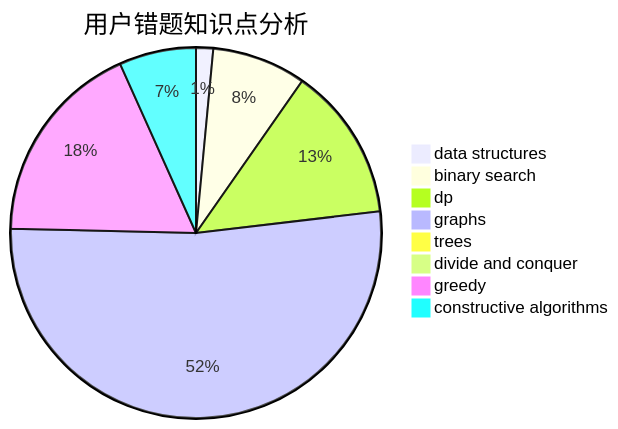
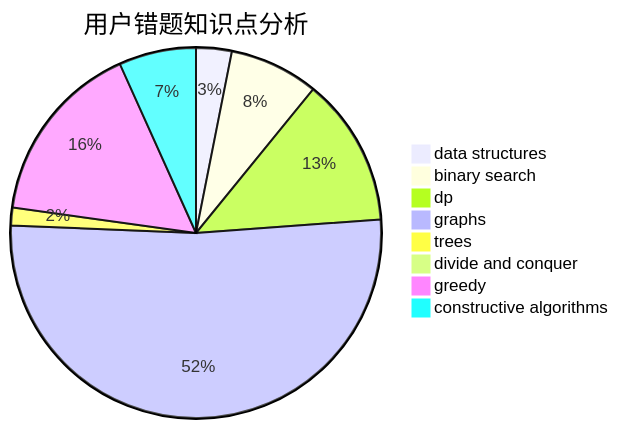
One commit to sherpahu/cfrs.github.io changed the third of 3 diagrams in docs/user/u514.md. Above: the diagram before and after it, drawn with Mermaid. The commit also changed other lines of this file and 2770 other files, not shown here.

````diff
--- a/docs/user/u514.md
+++ b/docs/user/u514.md
@@ -36,11 +36,11 @@
 ```mermaid
 pie title 用户错题知识点分析
-    "data structures" :  2
-    "binary search" :  11
-    "dp" :  18
-    "graphs" :  70
-    "trees" :  0
+    "data structures" :  6
+    "binary search" :  15
+    "dp" :  25
+    "graphs" :  100
+    "trees" :  3
     "divide and conquer" :  0
-    "greedy" :  24
-    "constructive algorithms" :  9
+    "greedy" :  31
+    "constructive algorithms" :  13
 ```
````
